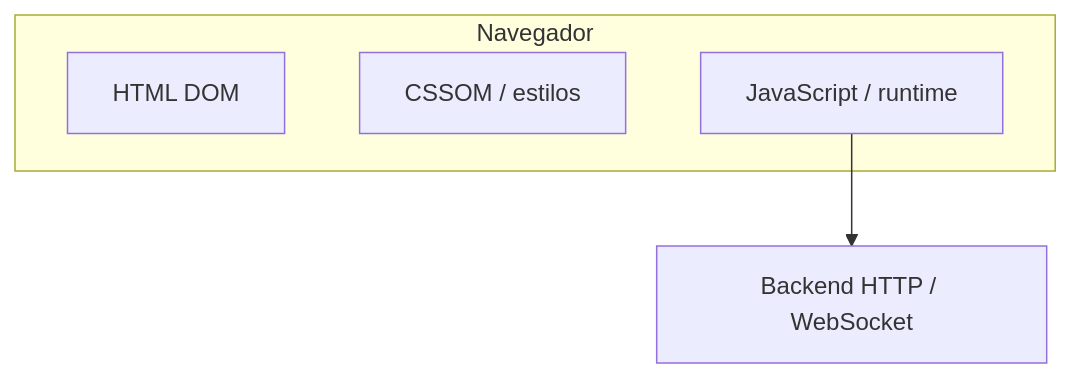
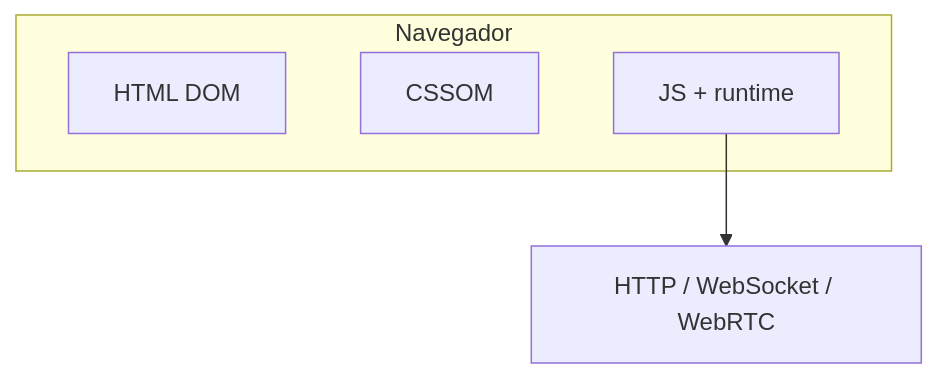
One commit to tiagocosmai/study-materials changed the first of 4 diagrams in frontend/01-visao-geral-frontend.md. Above: the diagram before and after it, drawn with Mermaid. The commit also changed other lines of this file and 14 other files, not shown here.

````diff
--- a/frontend/01-visao-geral-frontend.md
+++ b/frontend/01-visao-geral-frontend.md
@@ -7,10 +7,10 @@
 ```mermaid
 flowchart TB
   subgraph browser[Navegador]
     HTML[HTML DOM]
-    CSS[CSSOM / estilos]
-    JS[JavaScript / runtime]
+    CSS[CSSOM]
+    JS[JS + runtime]
   end
-  API[Backend HTTP / WebSocket]
+  API[HTTP / WebSocket / WebRTC]
   JS --> API
 ```
````
